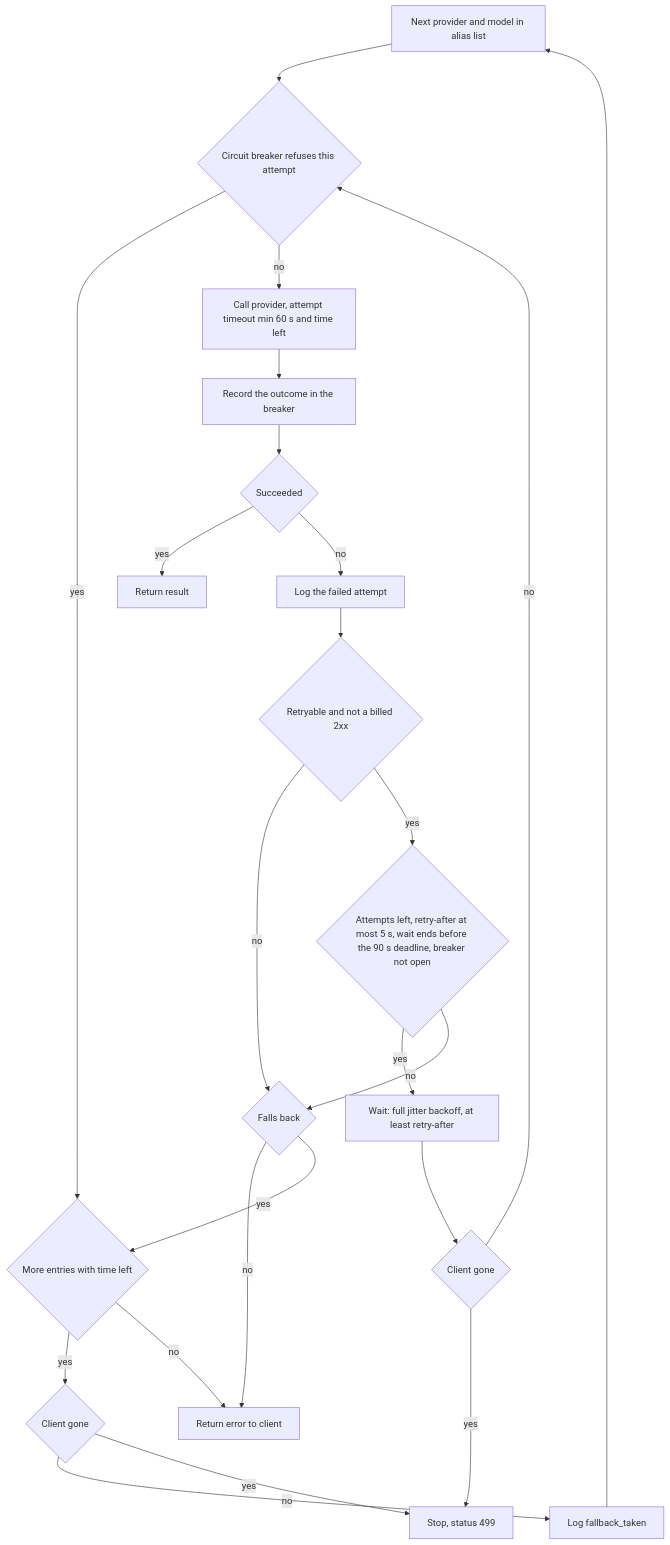
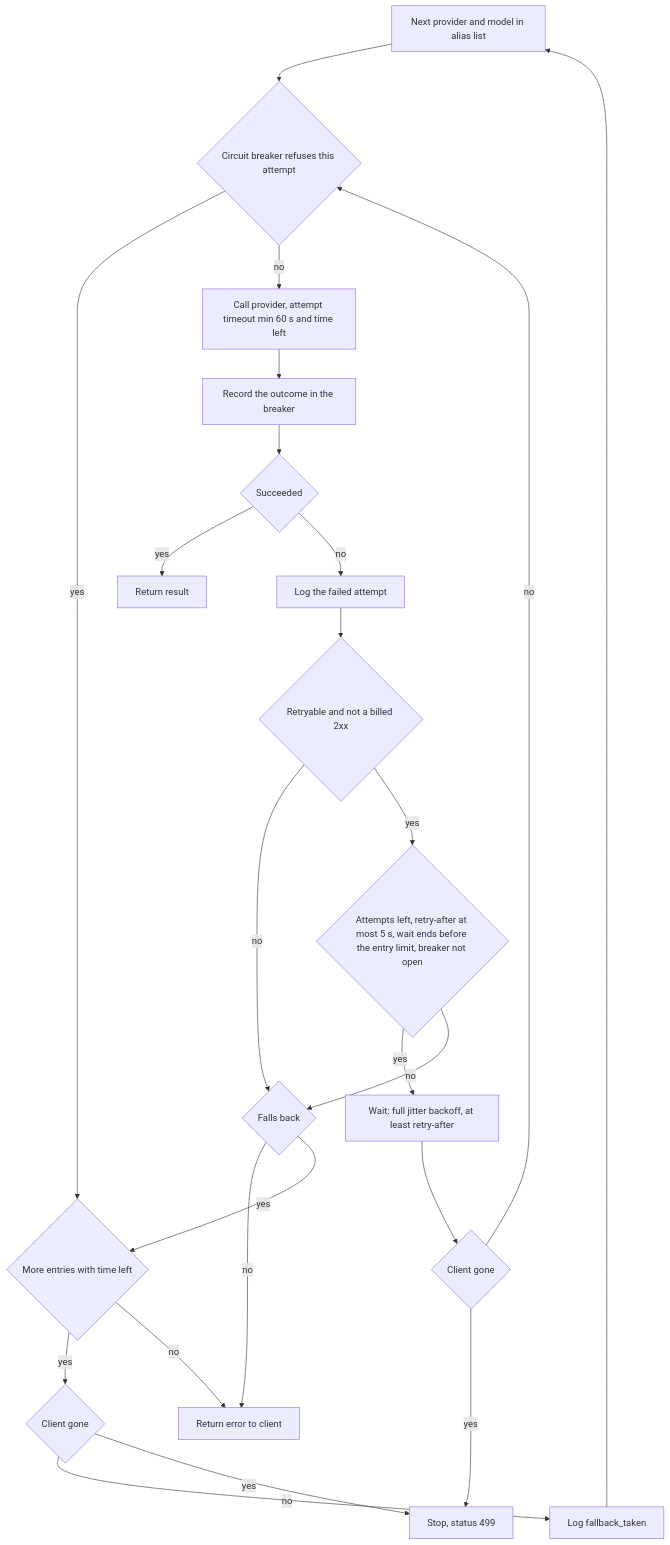
One commit to Jasmeet-011/LLMGateway changed the third of 5 diagrams in FLOW.md. Above: the diagram before and after it, drawn with Mermaid. The commit also changed other lines of this file and 4 other files, not shown here.

First line of the commit message:
docs: M11 review round 1, README, FLOW and D-065

````diff
--- a/FLOW.md
+++ b/FLOW.md
@@ -83,25 +83,25 @@
 ```mermaid
 flowchart TD
     A[Next provider and model in alias list] --> B{Circuit breaker refuses this attempt}
     B -->|yes| N
     B -->|no| C[Call provider, attempt timeout min 60 s and time left]
     C --> RB[Record the outcome in the breaker]
     RB --> D{Succeeded}
     D -->|yes| OK[Return result]
     D -->|no| L[Log the failed attempt]
     L --> E{Retryable and not a billed 2xx}
     E -->|no| Z{Falls back}
-    E -->|yes| F{Attempts left, retry-after at most 5 s, wait ends before the 90 s deadline, breaker not open}
+    E -->|yes| F{Attempts left, retry-after at most 5 s, wait ends before the entry limit, breaker not open}
     F -->|yes| G[Wait: full jitter backoff, at least retry-after]
     G --> CG{Client gone}
     CG -->|no| B
     CG -->|yes| GONE[Stop, status 499]
     F -->|no| Z
     Z -->|no| FAIL[Return error to client]
     Z -->|yes| N{More entries with time left}
     N -->|yes| CF{Client gone}
     CF -->|no| FT[Log fallback_taken]
     FT --> A
     CF -->|yes| GONE
     N -->|no| FAIL
 ```
````
